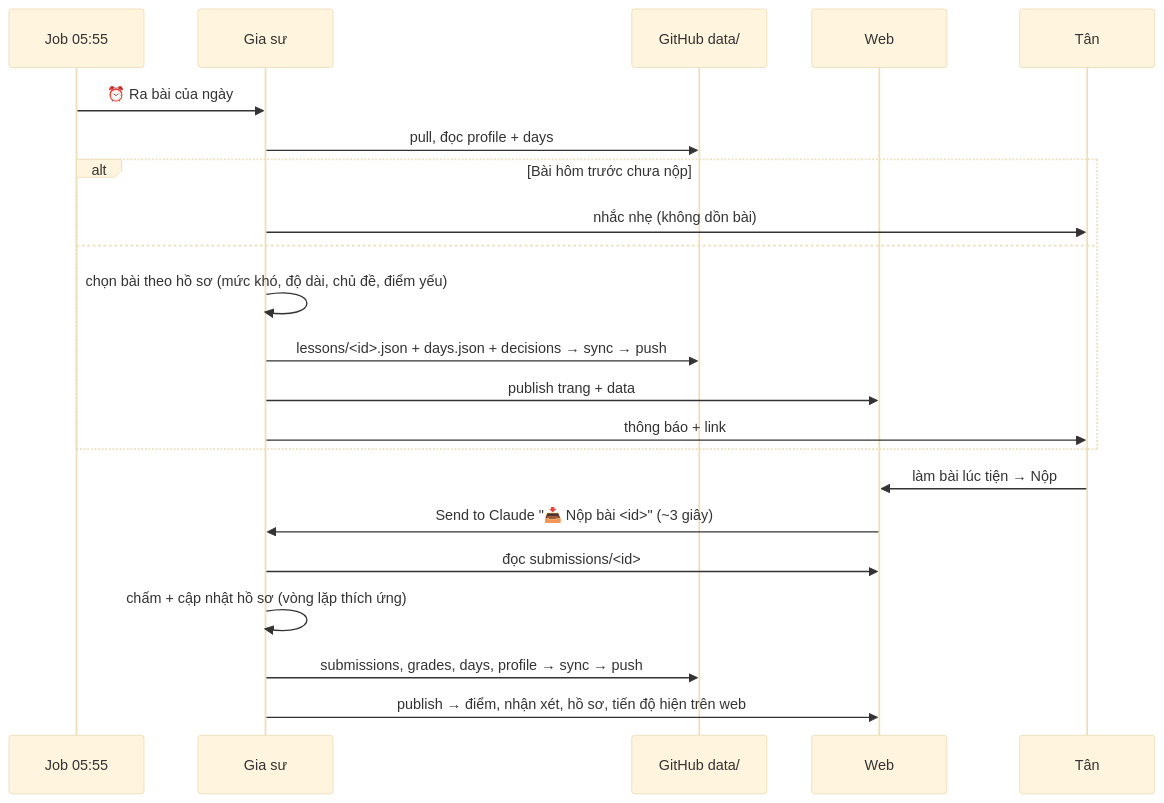
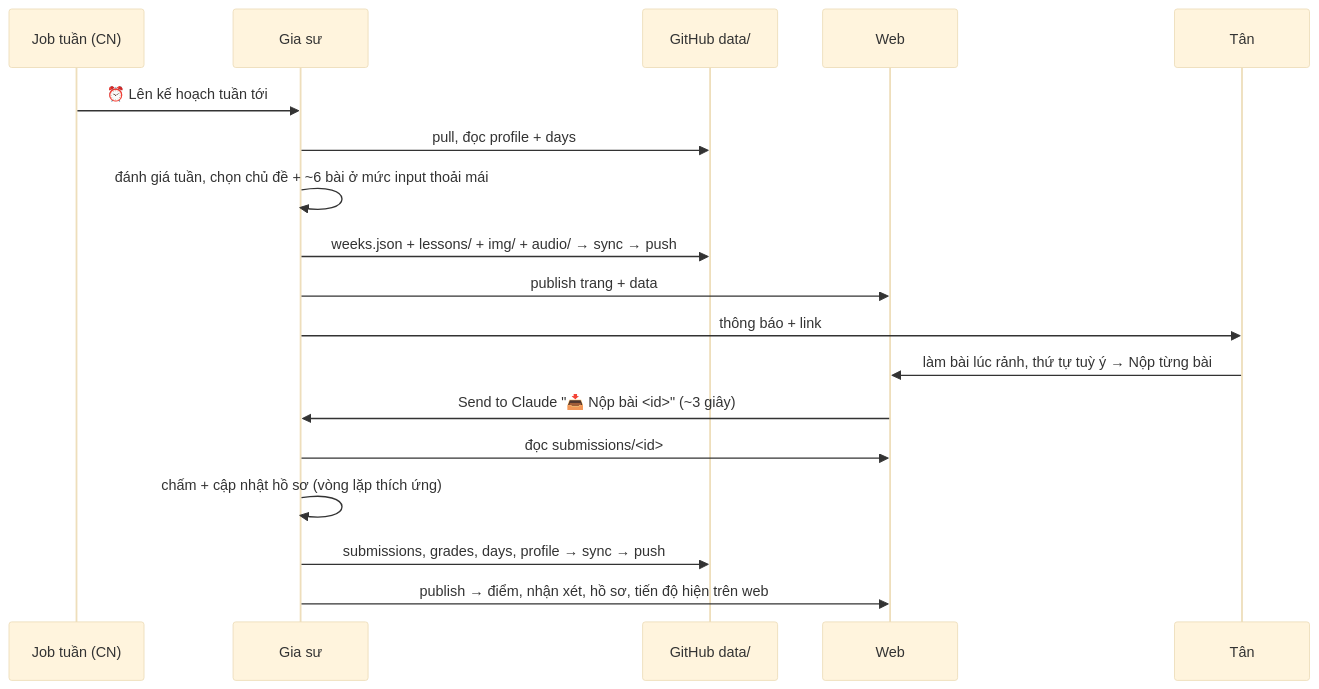
One commit to tannc28/english-tutor changed the second of 2 diagrams in README.md. Above: the diagram before and after it, drawn with Mermaid (base theme). The commit also changed other lines of this file and 67 other files, not shown here.

Commit message:
Kế hoạch theo tuần: Tuần 1 'A New Start' (6 bài, word wall có hình + audio, bài nghe theo chủ đề); trang This week; minh hoạ SD-Turbo; mức input thoải mái + theo dõi độ căng não; quy tắc chọn model

````diff
--- a/README.md
+++ b/README.md
@@ -66,24 +69,20 @@
 ```mermaid
 sequenceDiagram
-    participant J as Job 05:55
+    participant J as Job tuần (CN)
     participant G as Gia sư
     participant R as GitHub data/
     participant W as Web
     participant T as Tân
-    J->>G: ⏰ Ra bài của ngày
+    J->>G: ⏰ Lên kế hoạch tuần tới
     G->>R: pull, đọc profile + days
-    alt Bài hôm trước chưa nộp
-        G->>T: nhắc nhẹ (không dồn bài)
-    else
-        G->>G: chọn bài theo hồ sơ (mức khó, độ dài, chủ đề, điểm yếu)
-        G->>R: lessons/<id>.json + days.json + decisions → sync → push
-        G->>W: publish trang + data
-        G->>T: thông báo + link
-    end
-    T->>W: làm bài lúc tiện → Nộp
+    G->>G: đánh giá tuần, chọn chủ đề + ~6 bài ở mức input thoải mái
+    G->>R: weeks.json + lessons/ + img/ + audio/ → sync → push
+    G->>W: publish trang + data
+    G->>T: thông báo + link
+    T->>W: làm bài lúc rảnh, thứ tự tuỳ ý → Nộp từng bài
     W->>G: Send to Claude "📥 Nộp bài <id>" (~3 giây)
     G->>W: đọc submissions/<id>
     G->>G: chấm + cập nhật hồ sơ (vòng lặp thích ứng)
     G->>R: submissions, grades, days, profile → sync → push
     G->>W: publish → điểm, nhận xét, hồ sơ, tiến độ hiện trên web
 ```
````
